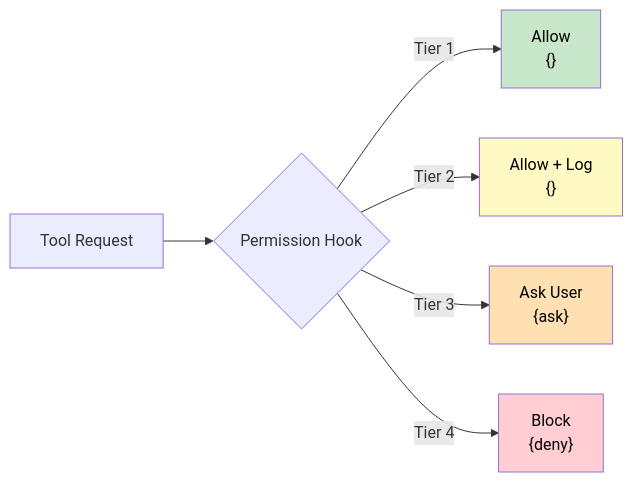
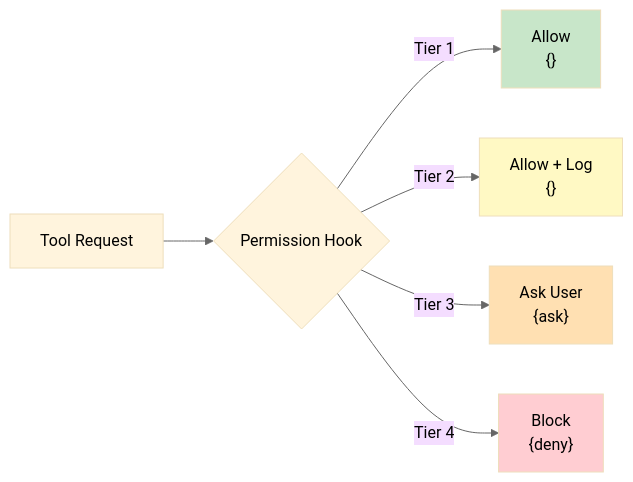
One commit to jawhnycooke/claude-in-the-shell changed the second of 3 diagrams in docs/architecture/agent-loop.md. Above: the diagram before and after it, drawn with Mermaid. The commit also changed other lines of this file, not shown here.

Commit message:
Use base theme with black text for all Mermaid diagrams

````diff
--- a/docs/architecture/agent-loop.md
+++ b/docs/architecture/agent-loop.md
@@ -110,13 +111,14 @@
 ```mermaid
+%%{init: {'theme': 'base', 'themeVariables': { 'primaryTextColor': '#000', 'secondaryTextColor': '#000', 'tertiaryTextColor': '#000', 'lineColor': '#666'}}}%%
 flowchart LR
     REQ[Tool Request] --> HOOK{Permission Hook}
     HOOK -->|Tier 1| AUTO["Allow<br/>{}"]
     HOOK -->|Tier 2| NOTIFY["Allow + Log<br/>{}"]
     HOOK -->|Tier 3| CONFIRM["Ask User<br/>{ask}"]
     HOOK -->|Tier 4| BLOCK["Block<br/>{deny}"]
 
-    style AUTO fill:#c8e6c9,color:#000
-    style NOTIFY fill:#fff9c4,color:#000
-    style CONFIRM fill:#ffe0b2,color:#000
-    style BLOCK fill:#ffcdd2,color:#000
+    style AUTO fill:#c8e6c9
+    style NOTIFY fill:#fff9c4
+    style CONFIRM fill:#ffe0b2
+    style BLOCK fill:#ffcdd2
 ```
````
